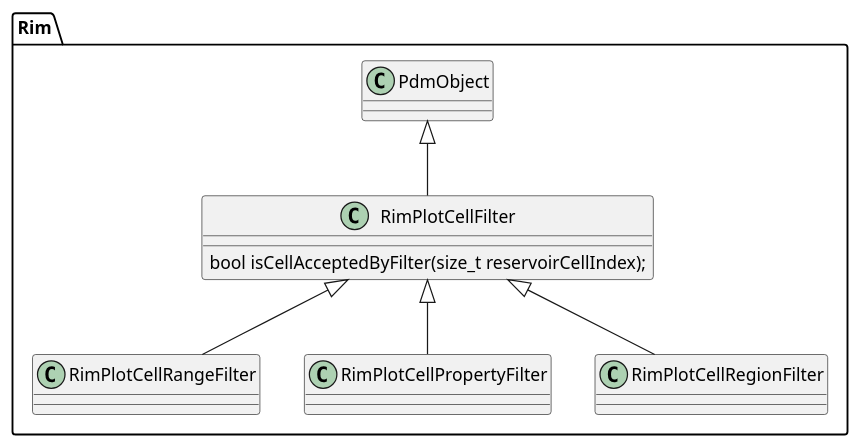
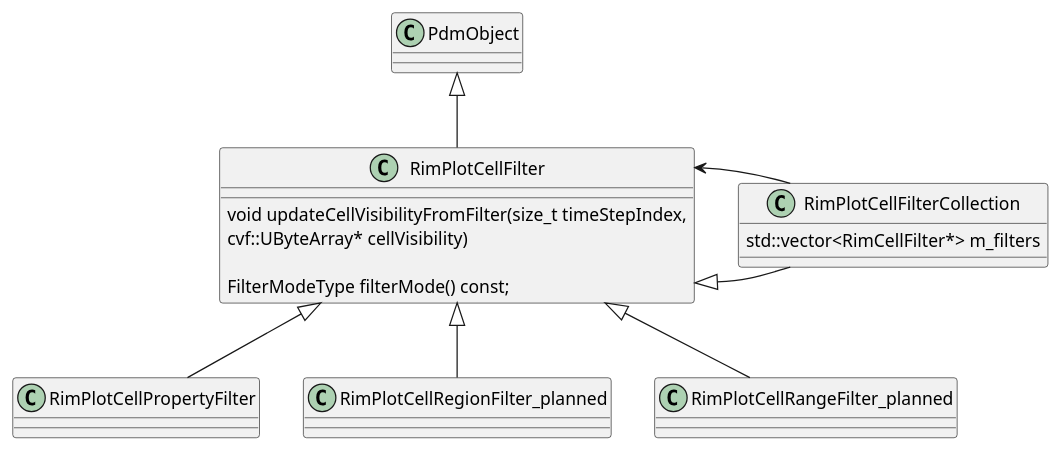
The diagram in doc/cell_filter_classes.plantuml (OPM/ResInsight), drawn with PlantUML before and after one commit. The commit also changed 3 other files, not shown here.

```diff
--- a/doc/cell_filter_classes.plantuml
+++ b/doc/cell_filter_classes.plantuml
@@ -1,13 +1,27 @@
 @startuml
-package Rim {
 
 PdmObject <|-- RimPlotCellFilter
-RimPlotCellFilter <|-- RimPlotCellRangeFilter
-RimPlotCellFilter <|-- RimPlotCellPropertyFilter
-RimPlotCellFilter <|-- RimPlotCellRegionFilter
+
 
 class RimPlotCellFilter
 {
- bool isCellAcceptedByFilter(size_t reservoirCellIndex);
+    void updateCellVisibilityFromFilter(size_t timeStepIndex,
+    cvf::UByteArray* cellVisibility)
+    
+    FilterModeType filterMode() const;
 }
+
+RimPlotCellFilter <|-- RimPlotCellPropertyFilter
+RimPlotCellFilter <|-- RimPlotCellFilterCollection
+
+RimPlotCellFilterCollection -> RimPlotCellFilter
+class RimPlotCellFilterCollection
+{
+  std::vector<RimCellFilter*> m_filters
+}
+
+RimPlotCellFilter <|-- RimPlotCellRegionFilter_planned
+RimPlotCellFilter <|-- RimPlotCellRangeFilter_planned
+
+
 @enduml
```
